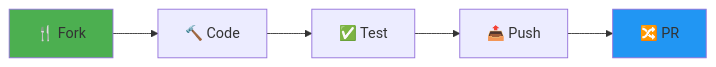
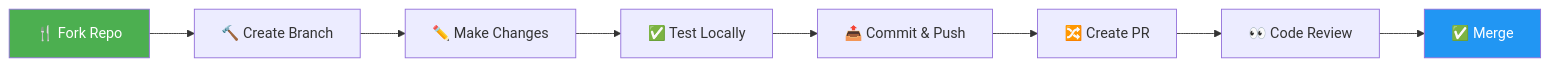
One commit to yhassan-git-real/Universal_Excel_Tool changed the second of 2 diagrams in README.md. Above: the diagram before and after it, drawn with Mermaid. The commit also changed other lines of this file and 19 other files, not shown here.

````diff
--- a/README.md
+++ b/README.md
@@ -890,10 +1353,13 @@
 ```mermaid
 graph LR
-    A[🍴 Fork] --> B[🔨 Code]
-    B --> C[✅ Test]
-    C --> D[📤 Push]
-    D --> E[🔀 PR]
+    A[🍴 Fork Repo] --> B[🔨 Create Branch]
+    B --> C[✏️ Make Changes]
+    C --> D[✅ Test Locally]
+    D --> E[📤 Commit & Push]
+    E --> F[🔀 Create PR]
+    F --> G[👀 Code Review]
+    G --> H[✅ Merge]
     
-    style A fill:#4CAF50
-    style E fill:#2196F3
+    style A fill:#4CAF50,color:#fff
+    style H fill:#2196F3,color:#fff
 ```
````
